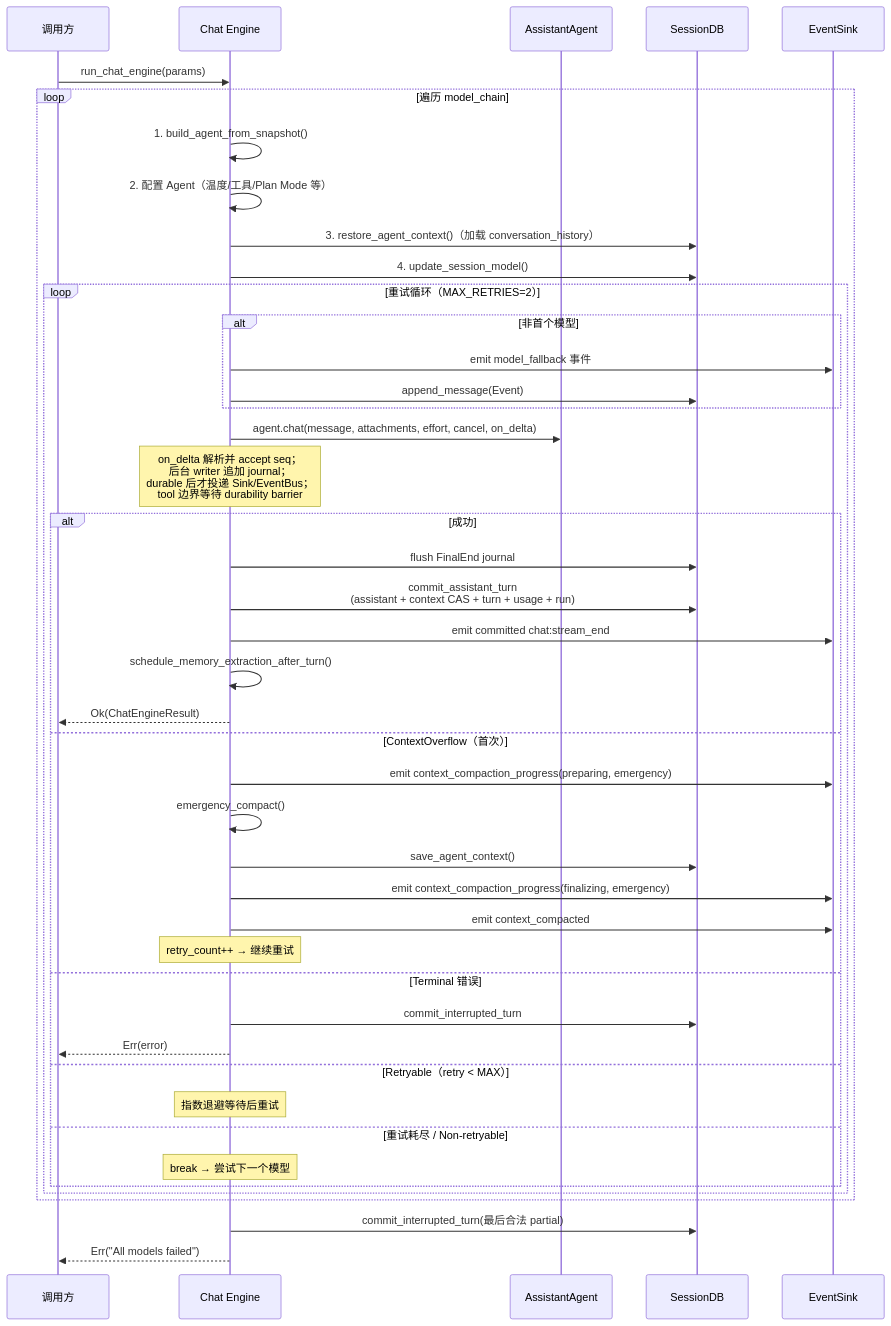
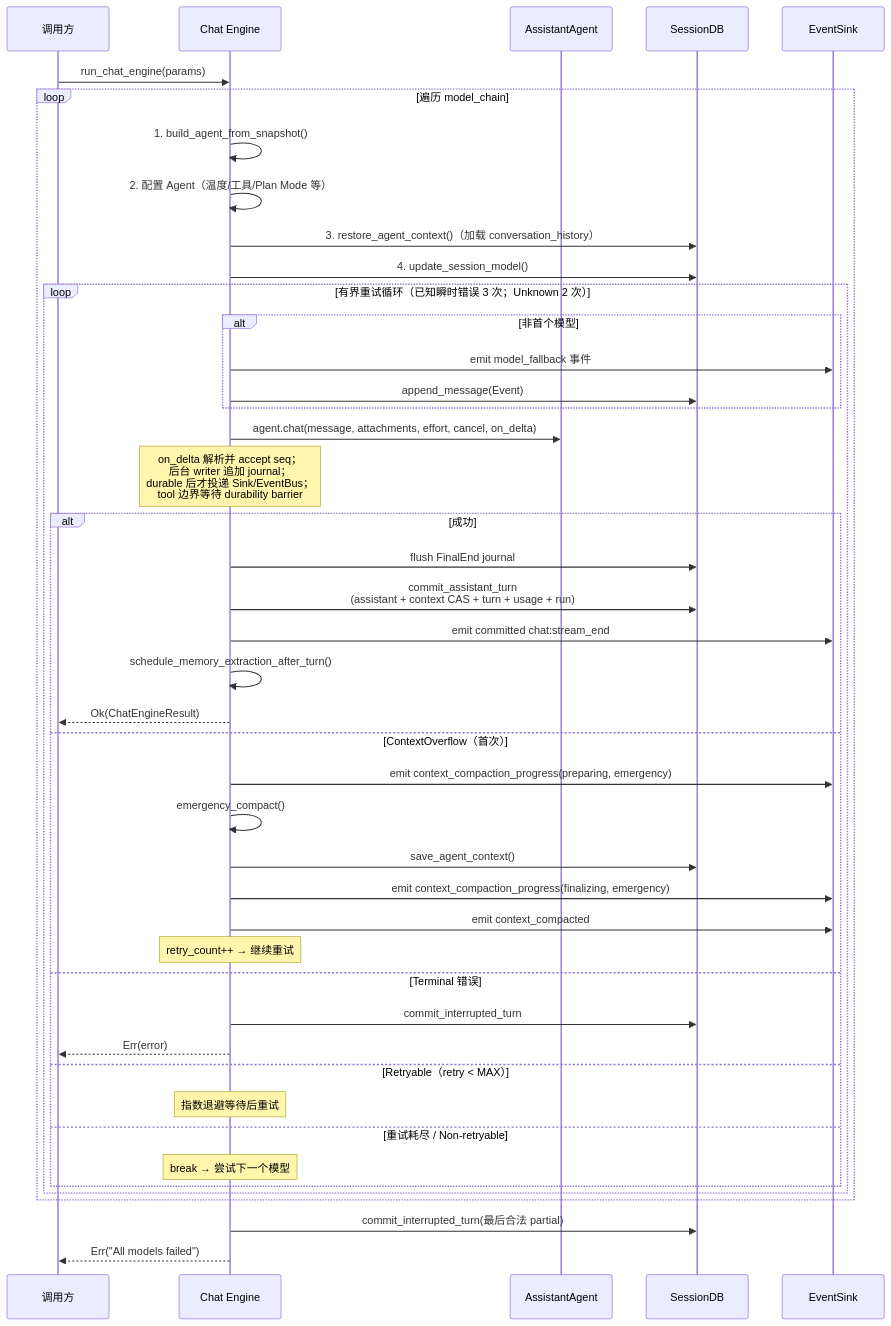
The first of 3 diagrams in mirrors/repos/shiwenwen@hope-agent/docs/architecture/chat-engine.md (gabrielmoreira/agent-skills-mirror), drawn with Mermaid before and after one commit. The commit also changed other lines of this file and 5963 other files, not shown here.

````diff
--- a/mirrors/repos/shiwenwen@hope-agent/docs/architecture/chat-engine.md
+++ b/mirrors/repos/shiwenwen@hope-agent/docs/architecture/chat-engine.md
@@ -157,53 +157,53 @@
 ```mermaid
 sequenceDiagram
     participant Caller as 调用方
     participant Engine as Chat Engine
     participant Agent as AssistantAgent
     participant DB as SessionDB
     participant Sink as EventSink
 
     Caller->>Engine: run_chat_engine(params)
 
     loop 遍历 model_chain
         Engine->>Engine: 1. build_agent_from_snapshot()
         Engine->>Engine: 2. 配置 Agent（温度/工具/Plan Mode 等）
         Engine->>DB: 3. restore_agent_context()（加载 conversation_history）
         Engine->>DB: 4. update_session_model()
 
-        loop 重试循环（MAX_RETRIES=2）
+        loop 有界重试循环（已知瞬时错误 3 次；Unknown 2 次）
             alt 非首个模型
                 Engine->>Sink: emit model_fallback 事件
                 Engine->>DB: append_message(Event)
             end
 
             Engine->>Agent: agent.chat(message, attachments, effort, cancel, on_delta)
 
             Note over Engine: on_delta 解析并 accept seq；<br/>后台 writer 追加 journal；<br/>durable 后才投递 Sink/EventBus；<br/>tool 边界等待 durability barrier
 
             alt 成功
                 Engine->>DB: flush FinalEnd journal
                 Engine->>DB: commit_assistant_turn<br/>(assistant + context CAS + turn + usage + run)
                 Engine->>Sink: emit committed chat:stream_end
                 Engine->>Engine: schedule_memory_extraction_after_turn()
                 Engine-->>Caller: Ok(ChatEngineResult)
             else ContextOverflow（首次）
                 Engine->>Sink: emit context_compaction_progress(preparing, emergency)
                 Engine->>Engine: emergency_compact()
                 Engine->>DB: save_agent_context()
                 Engine->>Sink: emit context_compaction_progress(finalizing, emergency)
                 Engine->>Sink: emit context_compacted
                 Note over Engine: retry_count++ → 继续重试
             else Terminal 错误
                 Engine->>DB: commit_interrupted_turn
                 Engine-->>Caller: Err(error)
             else Retryable（retry < MAX）
                 Note over Engine: 指数退避等待后重试
             else 重试耗尽 / Non-retryable
                 Note over Engine: break → 尝试下一个模型
             end
         end
     end
 
     Engine->>DB: commit_interrupted_turn(最后合法 partial)
     Engine-->>Caller: Err("All models failed")
 ```
````
